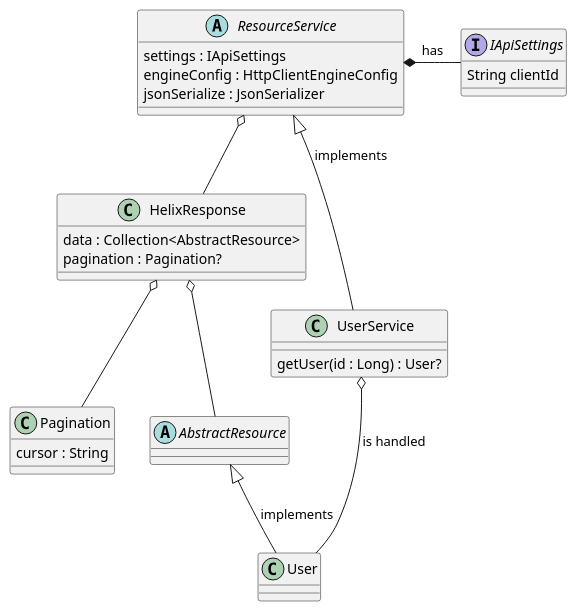
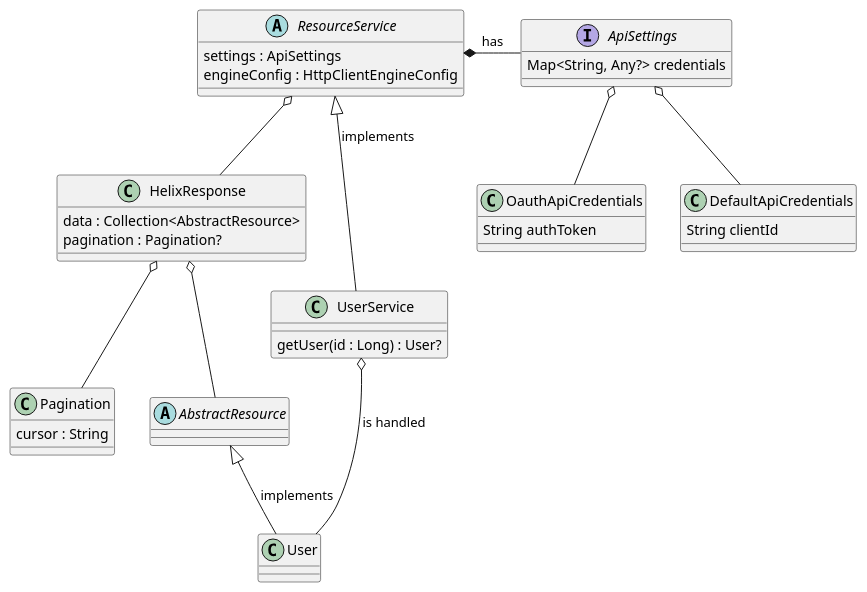
Before and after one commit to frozencure/twitch-client: the first of 2 diagrams in readme.md, drawn with PlantUML. The commit also changed other lines of this file and 6 other files, not shown here.

````diff
--- a/readme.md
+++ b/readme.md
@@ -34,44 +129,54 @@
 ```plantuml
 @startuml
-interface IApiSettings {
+interface ApiSettings {
+    Map<String, Any?> credentials
+}
+
+class OauthApiCredentials {
+    String authToken
+}
+
+class DefaultApiCredentials {
     String clientId
 }
 
 abstract class ResourceService {
-    settings : IApiSettings
+    settings : ApiSettings
     engineConfig : HttpClientEngineConfig
-    jsonSerialize : JsonSerializer
 }
 
 class HelixResponse {
     data : Collection<AbstractResource>
     pagination : Pagination?
-
 }
 
 class Pagination {
     cursor : String
 }
 
 abstract class AbstractResource
 
 class UserService {
     getUser(id : Long) : User?
 }
 
 class User
 
-ResourceService *- IApiSettings : has
+ResourceService *- ApiSettings : has
 
 ResourceService <|-- UserService : implements
 
 UserService o-- User : is handled
 
 AbstractResource <|-- User : implements
 
 ResourceService o-- HelixResponse
 
+ApiSettings o-- OauthApiCredentials
+
+ApiSettings o-- DefaultApiCredentials
+
 HelixResponse o-- AbstractResource
 HelixResponse o-- Pagination
 @enduml
 ```
````
